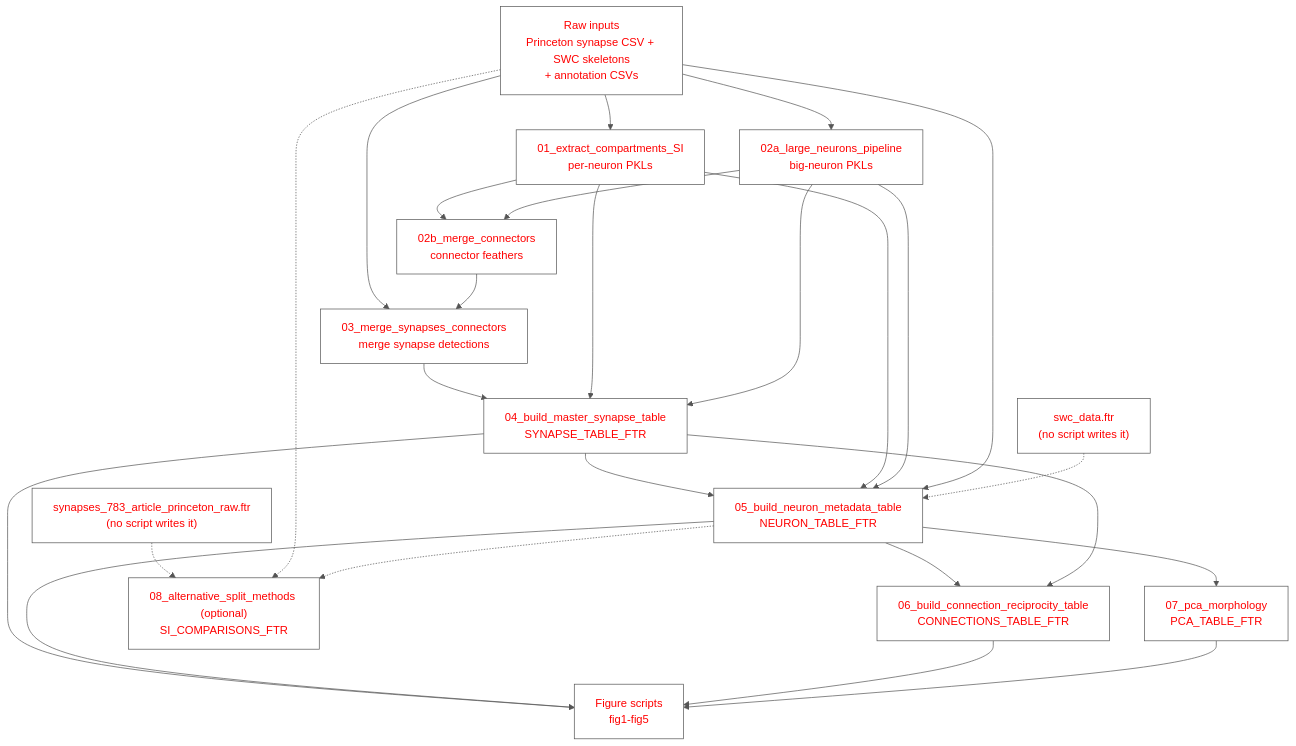
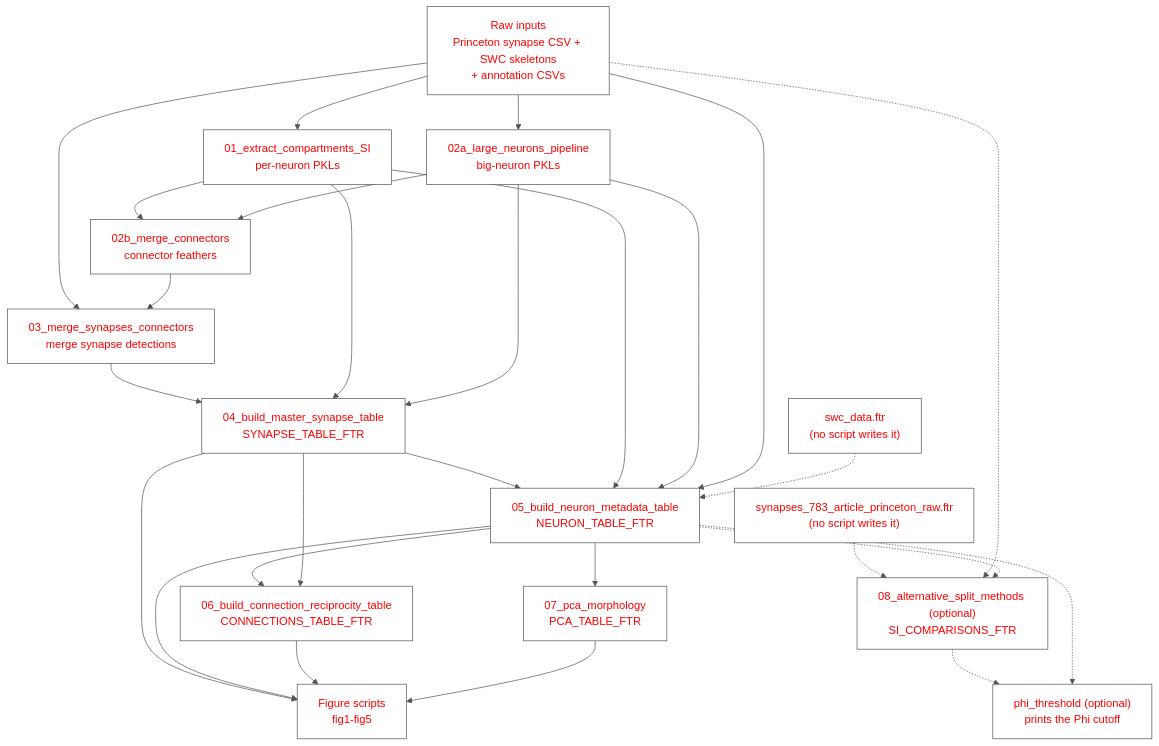
The diagram in docs/pipeline_overview.md (deutschlab/mixed-polarity-paper), drawn with Mermaid before and after one commit. The commit also changed other lines of this file and 2 other files, not shown here.

Commit message:
Add phi_threshold.py: the Phi cutoff equivalent to SI = 0.1

````diff
--- a/docs/pipeline_overview.md
+++ b/docs/pipeline_overview.md
@@ -14,40 +14,42 @@
 ```mermaid
 %%{init: {'theme': 'base', 'themeVariables': {'primaryColor': '#ffffff', 'primaryTextColor': '#ff0000', 'primaryBorderColor': '#555555', 'lineColor': '#555555'}}}%%
 flowchart TD
     RAW["Raw inputs\nPrinceton synapse CSV + SWC skeletons\n+ annotation CSVs"]
     S01["01_extract_compartments_SI\nper-neuron PKLs"]
     S02A["02a_large_neurons_pipeline\nbig-neuron PKLs"]
     S02B["02b_merge_connectors\nconnector feathers"]
     S03["03_merge_synapses_connectors\nmerge synapse detections"]
     S04["04_build_master_synapse_table\nSYNAPSE_TABLE_FTR"]
     S05["05_build_neuron_metadata_table\nNEURON_TABLE_FTR"]
     S06["06_build_connection_reciprocity_table\nCONNECTIONS_TABLE_FTR"]
     S07["07_pca_morphology\nPCA_TABLE_FTR"]
     S08["08_alternative_split_methods (optional)\nSI_COMPARISONS_FTR"]
     FIGS["Figure scripts\nfig1-fig5"]
 
     RAW --> S01
     RAW --> S02A
     S01 --> S02B
     S02A --> S02B
     RAW --> S03
     S02B --> S03
     S03 --> S04
     S01 --> S04
     S02A --> S04
     S04 --> S05
     S01 --> S05
     S02A --> S05
     RAW --> S05
     S05 --> S06
     S04 --> S06
     S05 --> S07
     S04 --> FIGS
     S05 --> FIGS
     S06 --> FIGS
     S07 --> FIGS
     SYNRAW["synapses_783_article_princeton_raw.ftr\n(no script writes it)"] -.-> S08
     SWCDATA["swc_data.ftr\n(no script writes it)"] -.-> S05
     RAW -.-> S08
     S05 -.-> S08
+    S08 -.-> PHI["phi_threshold (optional)\nprints the Phi cutoff"]
+    S05 -.-> PHI
 ```
````
